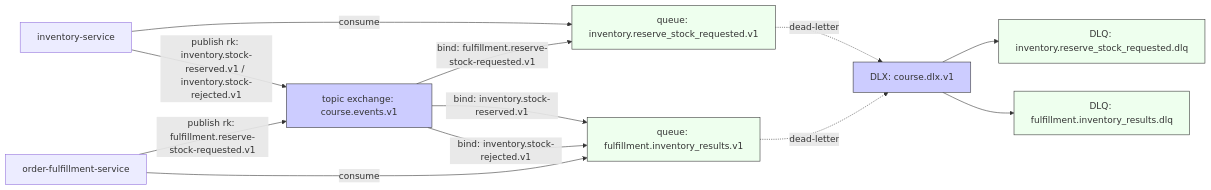
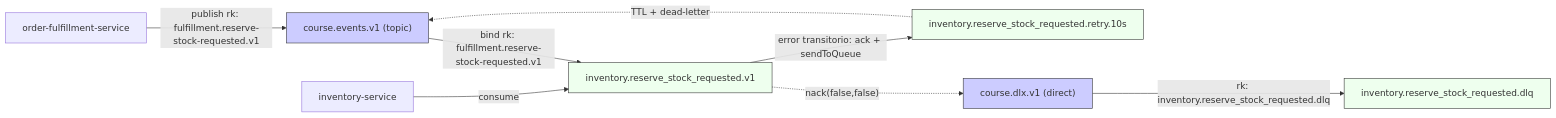
Before and after one commit to kevinmamaqi/curso-ddd-2026: the diagram in curso/dia-09/00-repaso.md, drawn with Mermaid. The commit also changed other lines of this file and 2 other files, not shown here.

````diff
--- a/curso/dia-09/00-repaso.md
+++ b/curso/dia-09/00-repaso.md
@@ -23,27 +39,22 @@
 ```mermaid
 flowchart LR
-  X["topic exchange: course.events.v1"]:::broker
-  DLX["DLX: course.dlx.v1"]:::broker
+  X["course.events.v1 (topic)"]:::broker
+  DLX["course.dlx.v1 (direct)"]:::broker
 
-  Qinv["queue: inventory.reserve_stock_requested.v1"]:::queue
-  Qful["queue: fulfillment.inventory_results.v1"]:::queue
-  DLQinv["DLQ: inventory.reserve_stock_requested.dlq"]:::queue
-  DLQful["DLQ: fulfillment.inventory_results.dlq"]:::queue
+  Q1["inventory.reserve_stock_requested.v1"]:::queue
+  R1["inventory.reserve_stock_requested.retry.10s"]:::queue
+  D1["inventory.reserve_stock_requested.dlq"]:::queue
 
   F["order-fulfillment-service"] -->|publish rk: fulfillment.reserve-stock-requested.v1| X
-  X -->|bind: fulfillment.reserve-stock-requested.v1| Qinv
-  I["inventory-service"] -->|consume| Qinv
+  X -->|bind rk: fulfillment.reserve-stock-requested.v1| Q1
+  I["inventory-service"] -->|consume| Q1
 
-  I -->|publish rk: inventory.stock-reserved.v1 / inventory.stock-rejected.v1| X
-  X -->|bind: inventory.stock-reserved.v1| Qful
-  X -->|bind: inventory.stock-rejected.v1| Qful
-  F -->|consume| Qful
+  Q1 -. nack(false,false) .-> DLX
+  DLX -->|rk: inventory.reserve_stock_requested.dlq| D1
 
-  Qinv -. dead-letter .-> DLX
-  Qful -. dead-letter .-> DLX
-  DLX --> DLQinv
-  DLX --> DLQful
+  Q1 -->|error transitorio: ack + sendToQueue| R1
+  R1 -. TTL + dead-letter .-> X
 
 classDef broker fill:#ccf,stroke:#333,stroke-width:1px;
 classDef queue fill:#efe,stroke:#333,stroke-width:1px;
 ```
````
